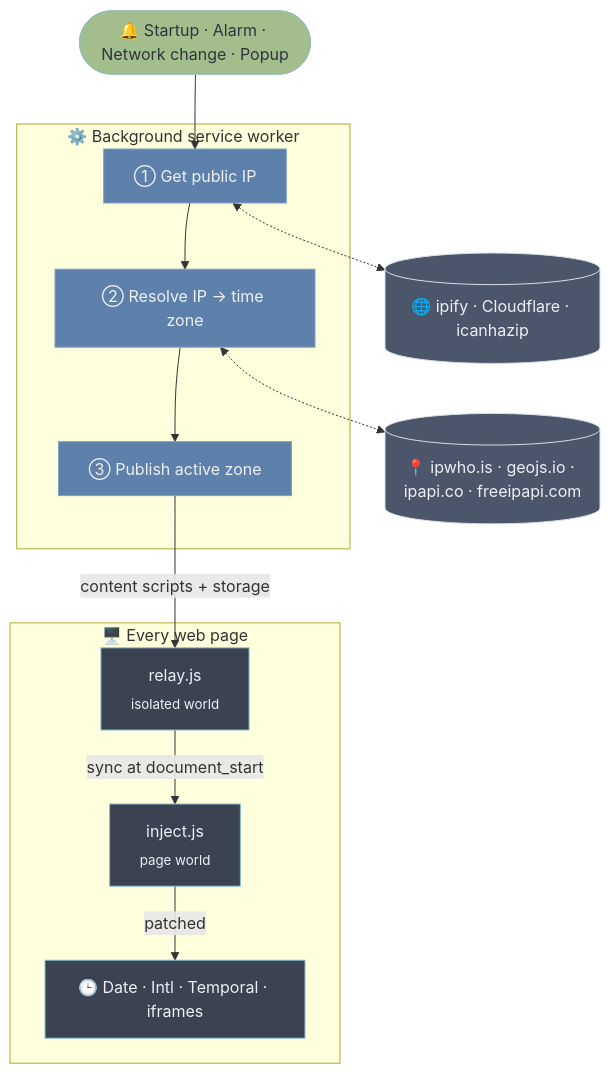
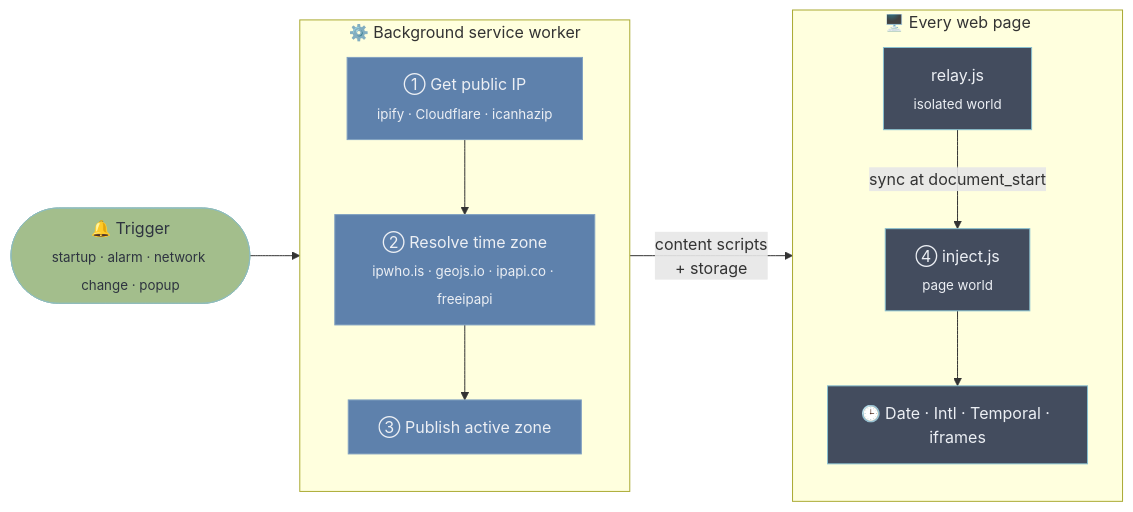
Before and after one commit to LeerBox/NordTime: the diagram in README.md, drawn with Mermaid.

Commit message:
docs: side-by-side architecture diagram

````diff
--- a/README.md
+++ b/README.md
@@ -64,37 +64,30 @@
 ```mermaid
-flowchart TB
-    T(["🔔 Startup · Alarm · Network change · Popup"])
+flowchart LR
+    T(["🔔 Trigger<br/><sub>startup · alarm · network change · popup</sub>"])
 
     subgraph BG["⚙️ Background service worker"]
-        IP["① Get public IP"]
-        GEO["② Resolve IP → time zone"]
+        direction TB
+        IP["① Get public IP<br/><sub>ipify · Cloudflare · icanhazip</sub>"]
+        GEO["② Resolve time zone<br/><sub>ipwho.is · geojs.io · ipapi.co · freeipapi</sub>"]
         PUB["③ Publish active zone"]
+        IP --> GEO --> PUB
     end
 
-    S1[("🌐 ipify · Cloudflare · icanhazip")]
-    S2[("📍 ipwho.is · geojs.io · ipapi.co · freeipapi.com")]
-
     subgraph PAGE["🖥️ Every web page"]
+        direction TB
         RELAY["relay.js<br/><sub>isolated world</sub>"]
-        INJECT["inject.js<br/><sub>page world</sub>"]
+        INJECT["④ inject.js<br/><sub>page world</sub>"]
         API["🕒 Date · Intl · Temporal · iframes"]
+        RELAY -- "sync at document_start" --> INJECT --> API
     end
 
-    T --> IP
-    IP <-.-> S1
-    IP --> GEO
-    GEO <-.-> S2
-    GEO --> PUB
-    PUB -- "content scripts + storage" --> RELAY
-    RELAY -- "sync at document_start" --> INJECT
-    INJECT -- "patched" --> API
+    T --> BG
+    BG -- "content scripts<br/>+ storage" --> PAGE
 
     classDef step fill:#5E81AC,stroke:#81A1C1,color:#ECEFF4
-    classDef page fill:#3B4252,stroke:#88C0D0,color:#ECEFF4
-    classDef ext fill:#4C566A,stroke:#D8DEE9,color:#ECEFF4
+    classDef page fill:#434C5E,stroke:#88C0D0,color:#ECEFF4
     classDef trigger fill:#A3BE8C,stroke:#8FBCBB,color:#2E3440
     class IP,GEO,PUB step
     class RELAY,INJECT,API page
-    class S1,S2 ext
     class T trigger
 ```
````
